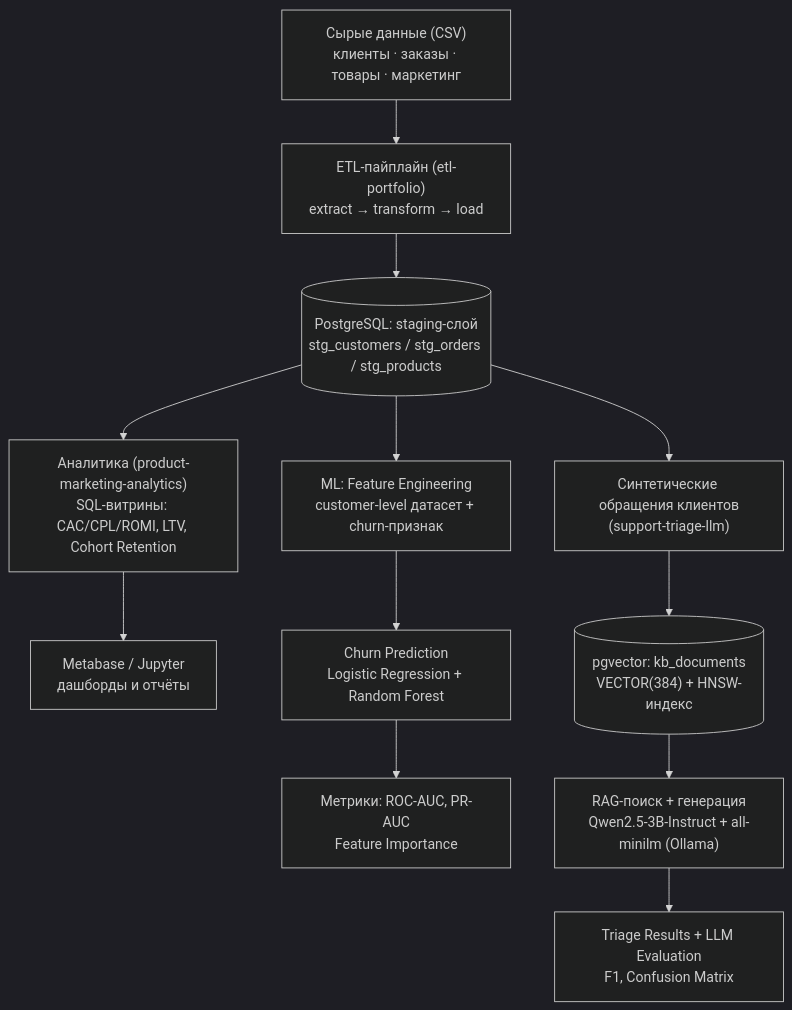
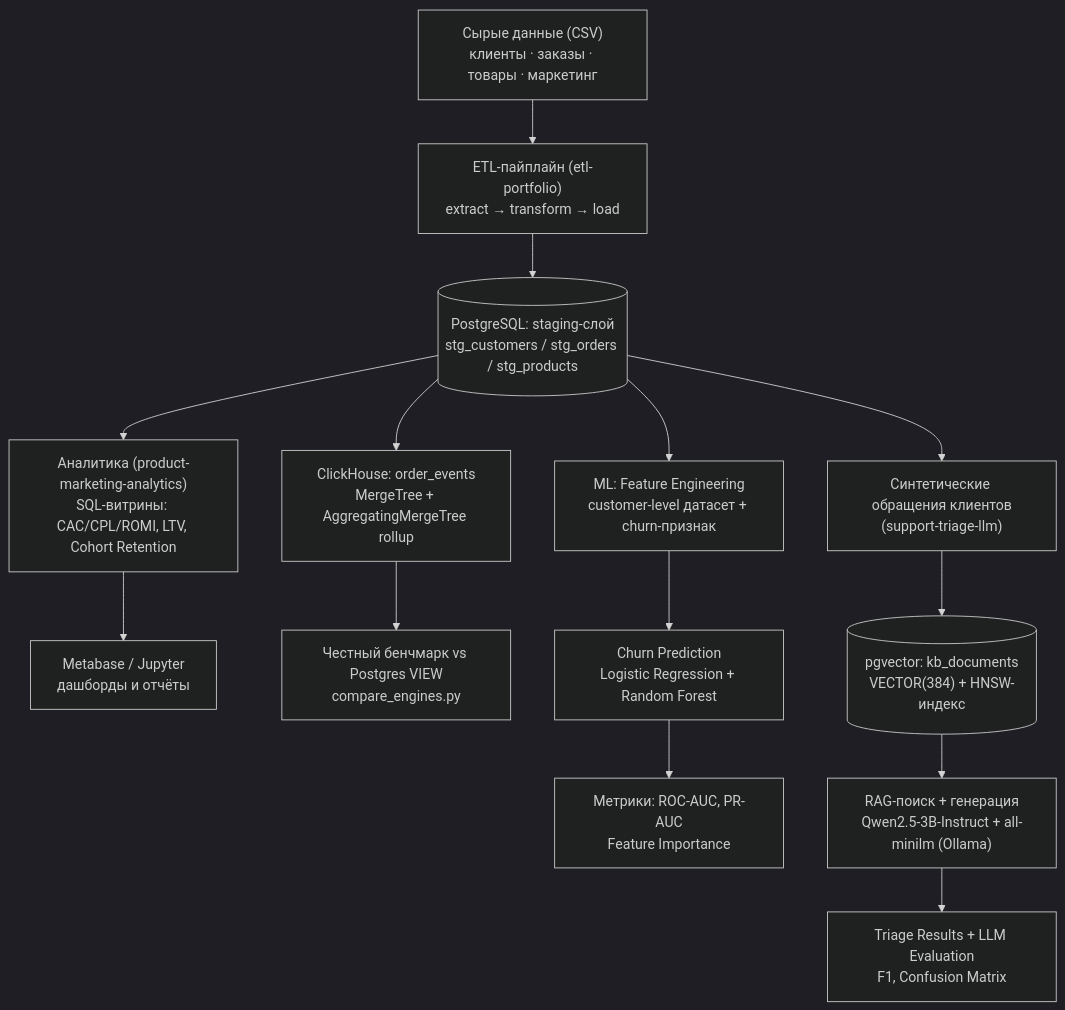
The diagram in README.md (exist-ty/Nikolay-Kolesnikov-Data-Engineering-Applied-ML-LLM-Portfolio-Hub), drawn with Mermaid (dark theme) before and after one commit. The commit also changed other lines of this file, not shown here.

First line of the commit message:
docs: reflect ClickHouse OLAP layer in architecture, stack, and achievements

````diff
--- a/README.md
+++ b/README.md
@@ -15,18 +15,20 @@
 ```mermaid
 graph TD
     A["Сырые данные (CSV)<br/>клиенты · заказы · товары · маркетинг"] --> B["ETL-пайплайн (etl-portfolio)<br/>extract → transform → load"]
     B --> C[("PostgreSQL: staging-слой<br/>stg_customers / stg_orders / stg_products")]
 
     C --> D["Аналитика (product-marketing-analytics)<br/>SQL-витрины: CAC/CPL/ROMI, LTV, Cohort Retention"]
     C --> E["ML: Feature Engineering<br/>customer-level датасет + churn-признак"]
     C --> F["Синтетические обращения клиентов<br/>(support-triage-llm)"]
+    C --> M["ClickHouse: order_events<br/>MergeTree + AggregatingMergeTree rollup"]
 
     D --> G["Metabase / Jupyter<br/>дашборды и отчёты"]
+    M --> N["Честный бенчмарк vs Postgres VIEW<br/>compare_engines.py"]
 
     E --> H["Churn Prediction<br/>Logistic Regression + Random Forest"]
     H --> I["Метрики: ROC-AUC, PR-AUC<br/>Feature Importance"]
 
     F --> J[("pgvector: kb_documents<br/>VECTOR(384) + HNSW-индекс")]
     J --> K["RAG-поиск + генерация<br/>Qwen2.5-3B-Instruct + all-minilm (Ollama)"]
     K --> L["Triage Results + LLM Evaluation<br/>F1, Confusion Matrix"]
 ```
````
